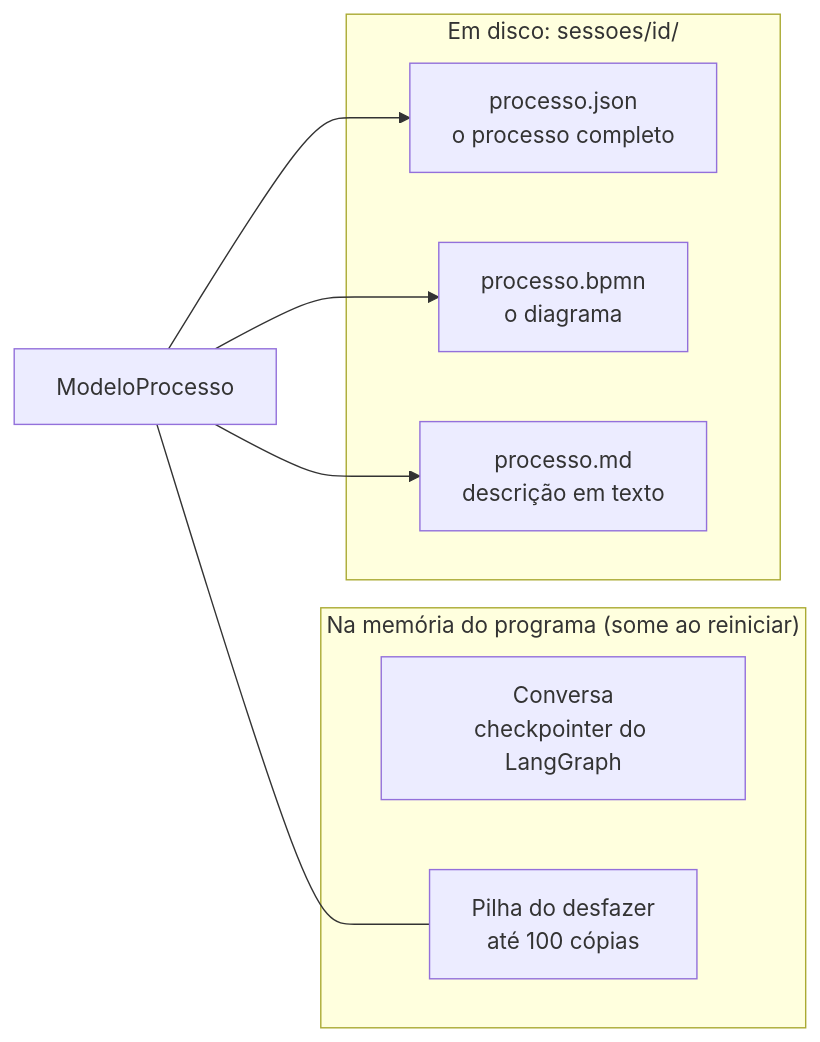
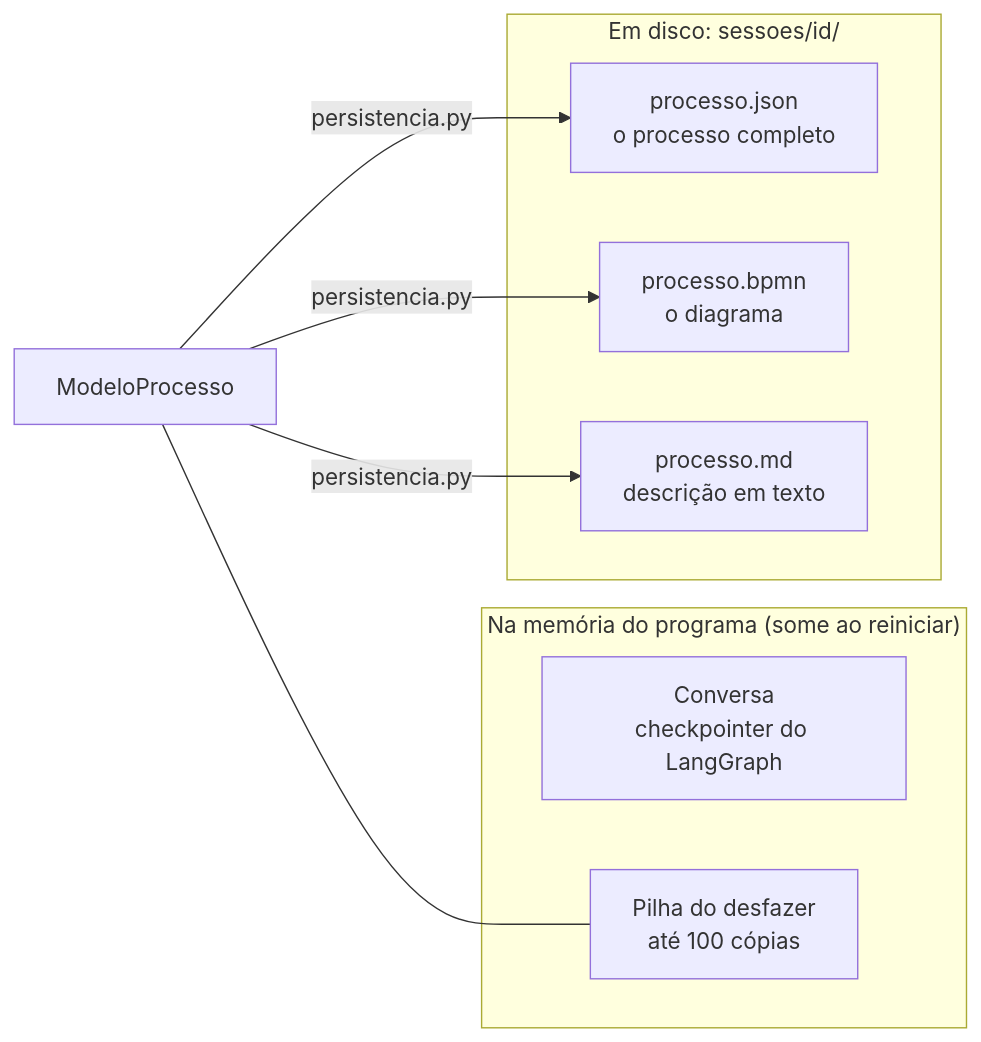
One commit to arthurparahyba/bpmn-agent changed the fourth of 4 diagrams in docs/README.md. Above: the diagram before and after it, drawn with Mermaid. The commit also changed other lines of this file and 16 other files, not shown here.

````diff
--- a/docs/README.md
+++ b/docs/README.md
@@ -150,16 +211,16 @@
 ```mermaid
 flowchart LR
     subgraph memoria["Na memória do programa (some ao reiniciar)"]
         H["Conversa<br/>checkpointer do LangGraph"]
         D["Pilha do desfazer<br/>até 100 cópias"]
     end
     subgraph disco["Em disco: sessoes/id/"]
         J["processo.json<br/>o processo completo"]
         B["processo.bpmn<br/>o diagrama"]
         MD["processo.md<br/>descrição em texto"]
     end
-    MOD["ModeloProcesso"] --> J
-    MOD --> B
-    MOD --> MD
+    MOD["ModeloProcesso"] -- "persistencia.py" --> J
+    MOD -- "persistencia.py" --> B
+    MOD -- "persistencia.py" --> MD
     MOD --- D
 ```
````
